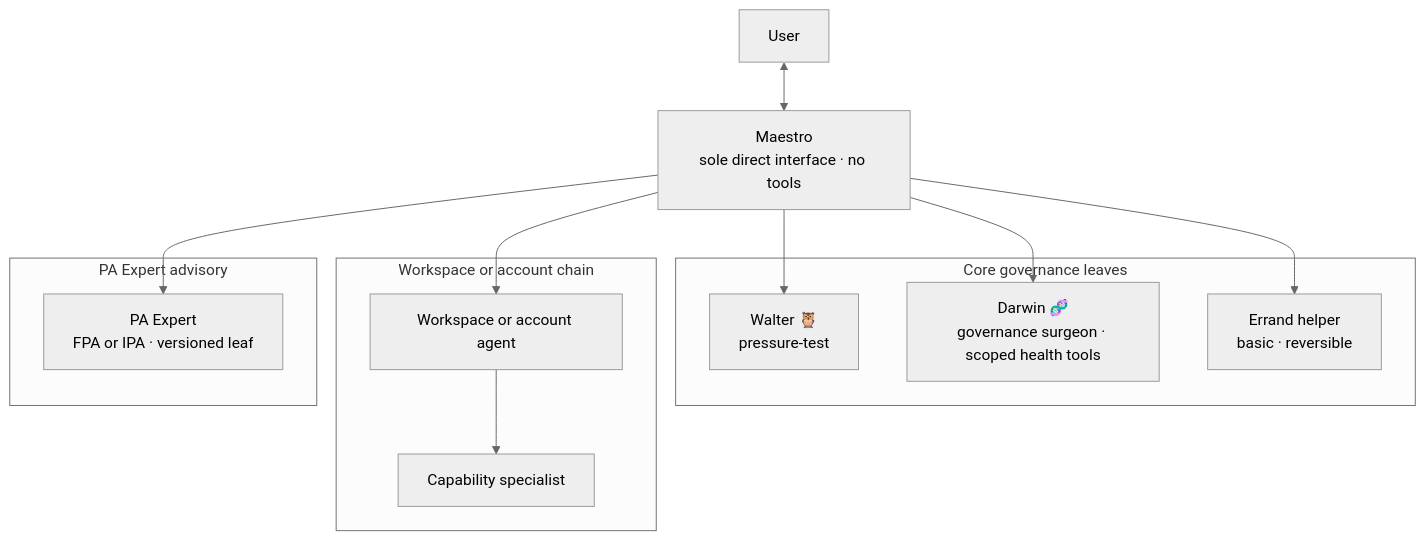
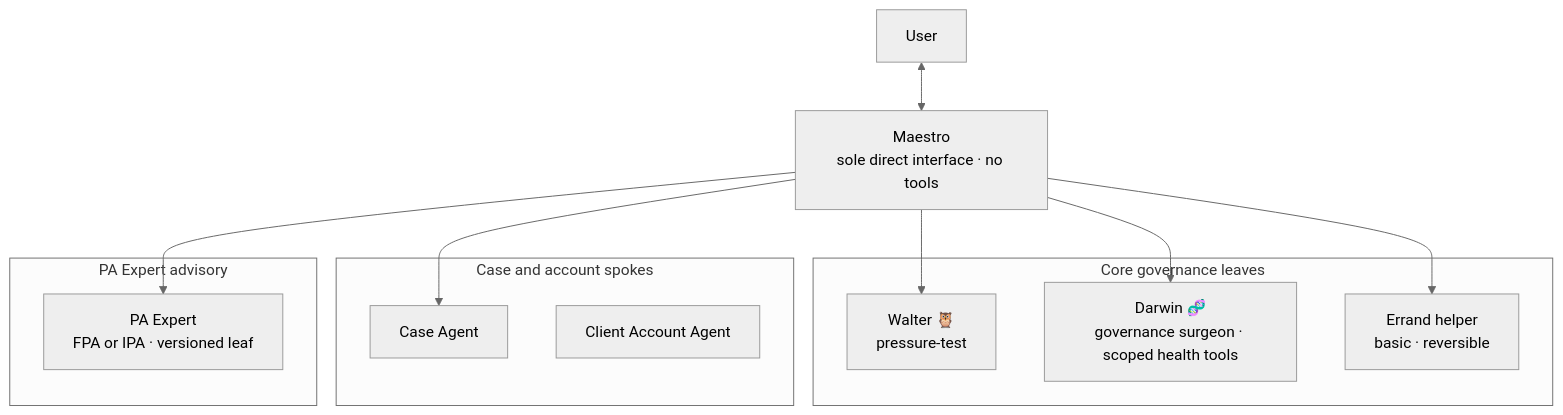
Before and after one commit to agentic-os-brasil/bcg-brasil-agentic-os: the first of 5 diagrams in docs/visualizations/maestro-agent-governance.md, drawn with Mermaid (neutral theme). The commit also changed other lines of this file and 46 other files, not shown here.

Commit message:
feat(darwin): wire native maintenance and governed flow

````diff
--- a/docs/visualizations/maestro-agent-governance.md
+++ b/docs/visualizations/maestro-agent-governance.md
@@ -16,24 +17,25 @@
 ```mermaid
 flowchart TB
     User["User"] <--> Maestro["Maestro<br/>sole direct interface · no tools"]
 
     subgraph Core["Core governance leaves"]
         Walter["Walter 🦉<br/>pressure-test"]
         Darwin["Darwin 🧬<br/>governance surgeon · scoped health tools"]
         Errand["Errand helper<br/>basic · reversible"]
     end
 
-    subgraph WorkspaceChain["Workspace or account chain"]
-        Workspace["Workspace or account agent"] --> Capability["Capability specialist"]
+    subgraph WorkspaceChain["Case and account spokes"]
+        Workspace["Case Agent"]
+        Account["Client Account Agent"]
     end
 
     subgraph PracticeChain["PA Expert advisory"]
         PAExpert["PA Expert<br/>FPA or IPA · versioned leaf"]
     end
 
     Maestro --> Walter
     Maestro --> Darwin
     Maestro --> Errand
     Maestro --> Workspace
     Maestro --> PAExpert
 ```
````
